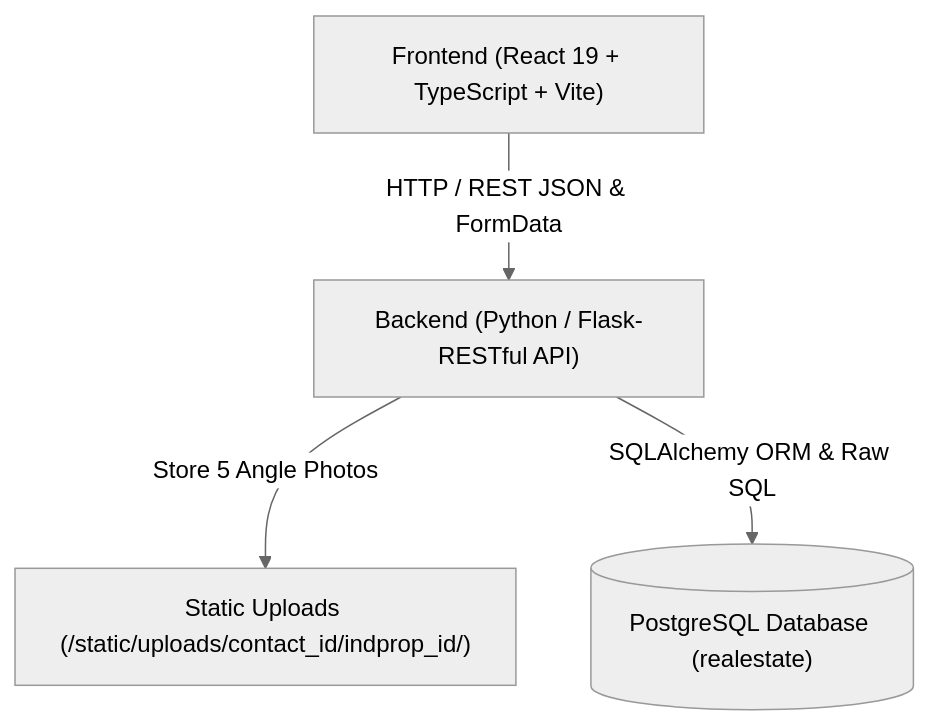
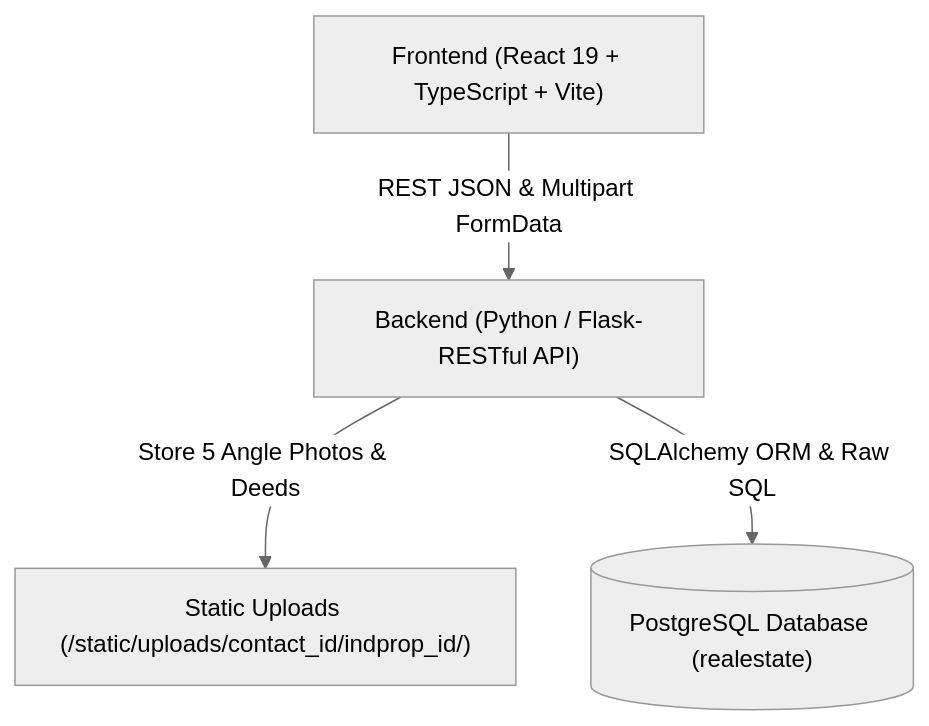
One commit to Anantbhardwaj2003/ProjectRE changed the second of 3 diagrams in README.md. Above: the diagram before and after it, drawn with Mermaid (neutral theme). The commit also changed other lines of this file, not shown here.

````diff
--- a/README.md
+++ b/README.md
@@ -128,11 +161,11 @@
 ```mermaid
 graph TD
     Client["Frontend (React 19 + TypeScript + Vite)"]
     API["Backend (Python / Flask-RESTful API)"]
     Uploads["Static Uploads (/static/uploads/contact_id/indprop_id/)"]
     DB[("PostgreSQL Database (realestate)")]
 
-    Client -- "HTTP / REST JSON & FormData" --> API
-    API -- "Store 5 Angle Photos" --> Uploads
+    Client -- "REST JSON & Multipart FormData" --> API
+    API -- "Store 5 Angle Photos & Deeds" --> Uploads
     API -- "SQLAlchemy ORM & Raw SQL" --> DB
 ```
````
